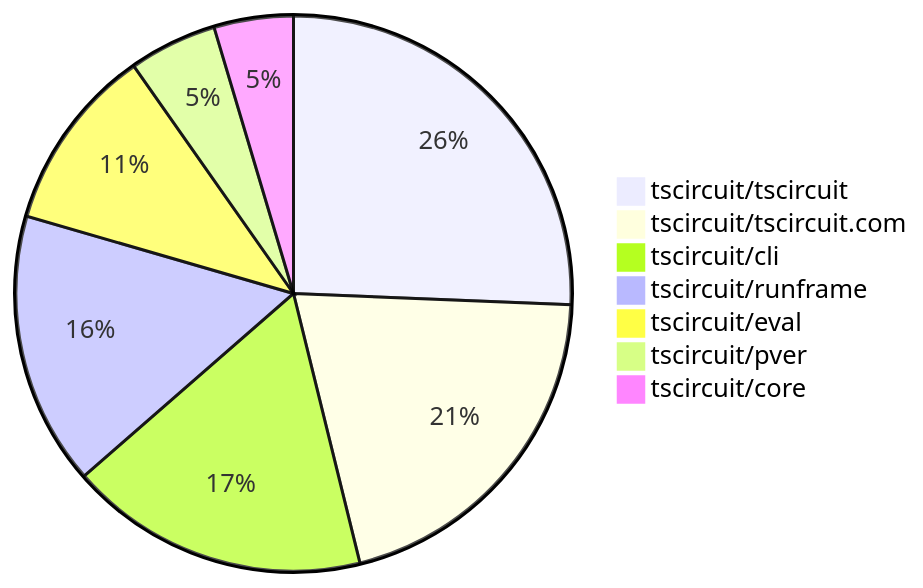
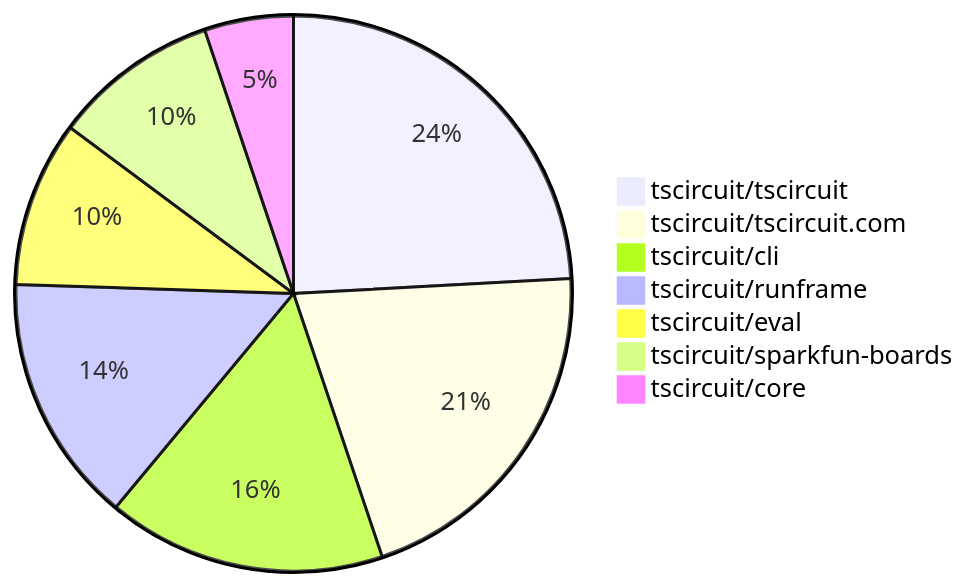
One commit to tscircuit/contribution-tracker changed the second of 2 diagrams in README.md. Above: the diagram before and after it, drawn with Mermaid. The commit also changed other lines of this file and 3 other files, not shown here.

````diff
--- a/README.md
+++ b/README.md
@@ -121,10 +134,10 @@
 ```mermaid
 pie
-    "tscircuit/tscircuit" : 50
-    "tscircuit/tscircuit.com" : 40
-    "tscircuit/cli" : 34
-    "tscircuit/runframe" : 31
-    "tscircuit/eval" : 21
-    "tscircuit/pver" : 10
-    "tscircuit/core" : 9
+    "tscircuit/tscircuit" : 70
+    "tscircuit/tscircuit.com" : 60
+    "tscircuit/cli" : 47
+    "tscircuit/runframe" : 42
+    "tscircuit/eval" : 28
+    "tscircuit/sparkfun-boards" : 28
+    "tscircuit/core" : 15
 ```
````
